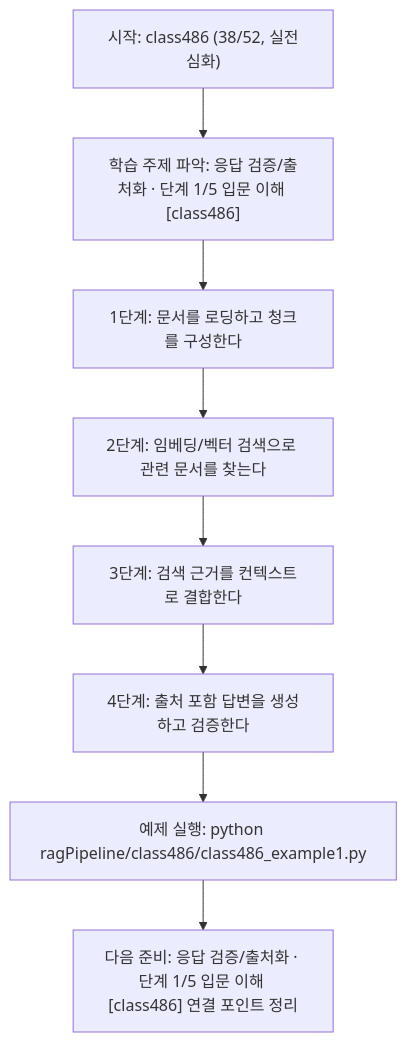
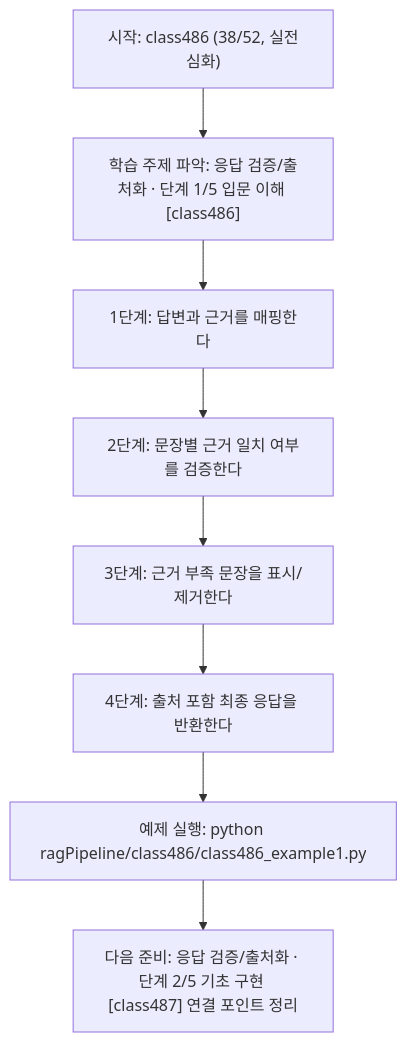
Before and after one commit to edumgt/Python-AI_Agent-Class: the diagram in ragPipeline/class486/class486.md, drawn with Mermaid. The commit also changed other lines of this file and 367 other files, not shown here.

````diff
--- a/ragPipeline/class486/class486.md
+++ b/ragPipeline/class486/class486.md
@@ -111,18 +92,18 @@
 ```mermaid
 flowchart TD
 N1["시작: class486 (38/52, 실전심화)"]
 N2["학습 주제 파악: 응답 검증/출처화 · 단계 1/5 입문 이해 [class486]"]
-N3["1단계: 문서를 로딩하고 청크를 구성한다"]
-N4["2단계: 임베딩/벡터 검색으로 관련 문서를 찾는다"]
-N5["3단계: 검색 근거를 컨텍스트로 결합한다"]
-N6["4단계: 출처 포함 답변을 생성하고 검증한다"]
+N3["1단계: 답변과 근거를 매핑한다"]
+N4["2단계: 문장별 근거 일치 여부를 검증한다"]
+N5["3단계: 근거 부족 문장을 표시/제거한다"]
+N6["4단계: 출처 포함 최종 응답을 반환한다"]
 N7["예제 실행: python ragPipeline/class486/class486_example1.py"]
-N8["다음 준비: 응답 검증/출처화 · 단계 1/5 입문 이해 [class486] 연결 포인트 정리"]
+N8["다음 준비: 응답 검증/출처화 · 단계 2/5 기초 구현 [class487] 연결 포인트 정리"]
 N1 --> N2
 N2 --> N3
 N3 --> N4
 N4 --> N5
 N5 --> N6
 N6 --> N7
 N7 --> N8
 ```
````
